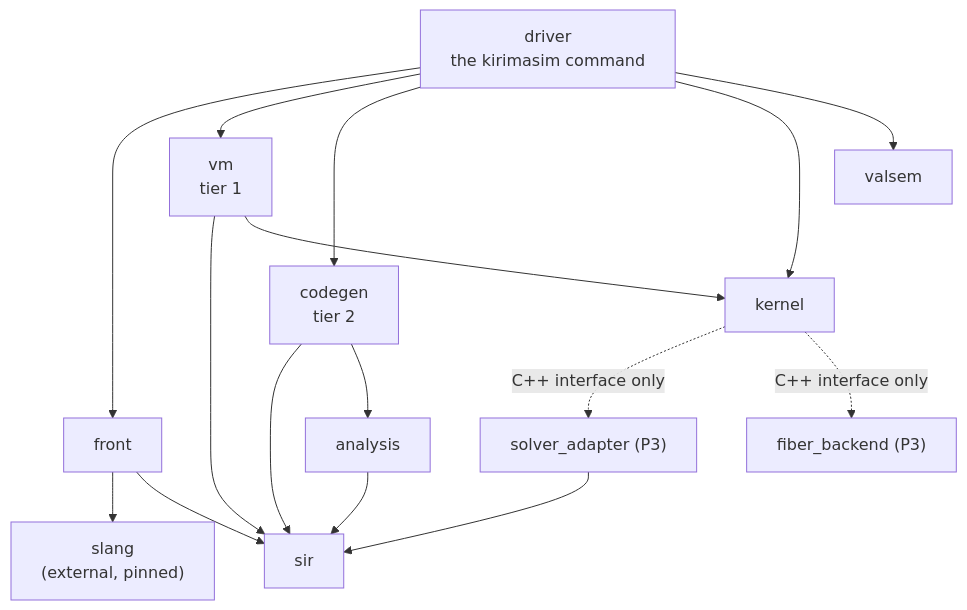
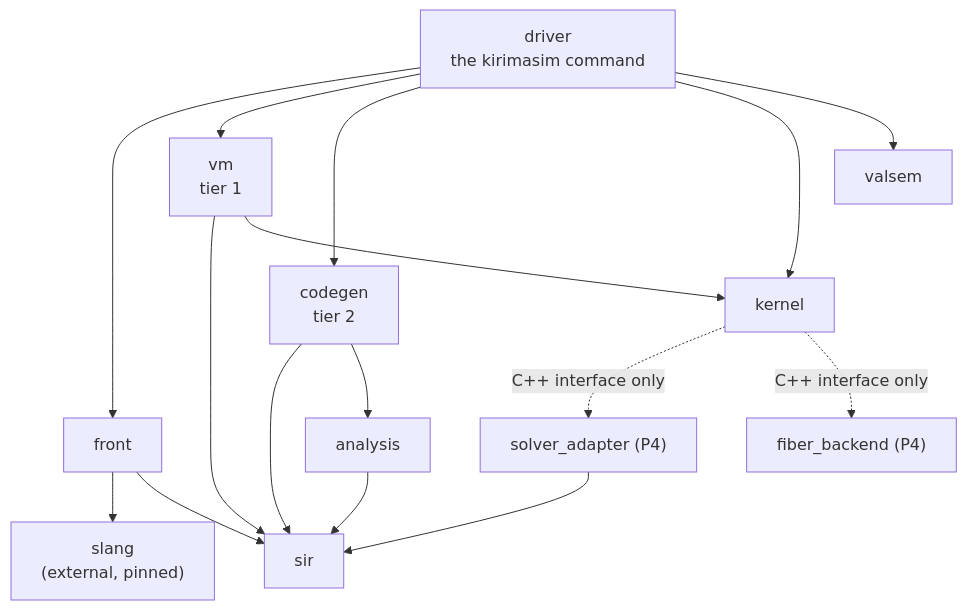
One commit to kurochan001/kirimasim changed the second of 2 diagrams in docs/ARCHITECTURE.ja.md. Above: the diagram before and after it, drawn with Mermaid. The commit also changed other lines of this file and 54 other files, not shown here.

````diff
--- a/docs/ARCHITECTURE.ja.md
+++ b/docs/ARCHITECTURE.ja.md
@@ -184,29 +186,29 @@
 ```mermaid
 flowchart TD
     driver["driver<br/>the kirimasim command"]
     front["front"]
     vm["vm<br/>tier 1"]
     codegen["codegen<br/>tier 2"]
     analysis["analysis"]
     kernel["kernel"]
     valsem["valsem"]
     sir["sir"]
     slang["slang<br/>(external, pinned)"]
-    solver["solver_adapter (P3)"]
-    fiber["fiber_backend (P3)"]
+    solver["solver_adapter (P4)"]
+    fiber["fiber_backend (P4)"]
     driver --> front
     driver --> vm
     driver --> codegen
     driver --> kernel
     driver --> valsem
     front --> slang
     front --> sir
     vm --> sir
     vm --> kernel
     codegen --> sir
     codegen --> analysis
     analysis --> sir
     solver --> sir
     kernel -.->|"C++ interface only"| solver
     kernel -.->|"C++ interface only"| fiber
 ```
````
